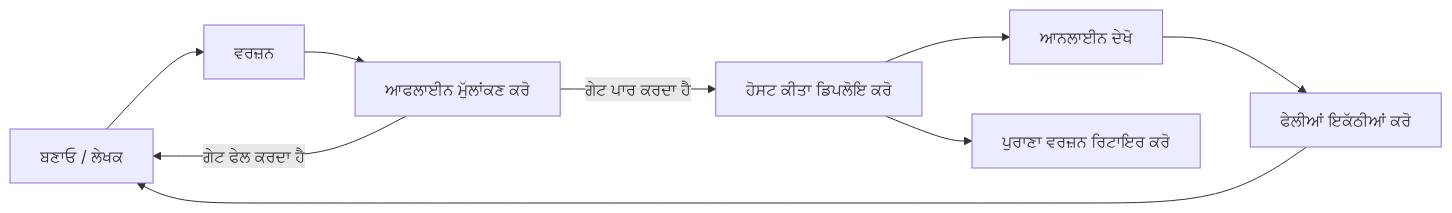
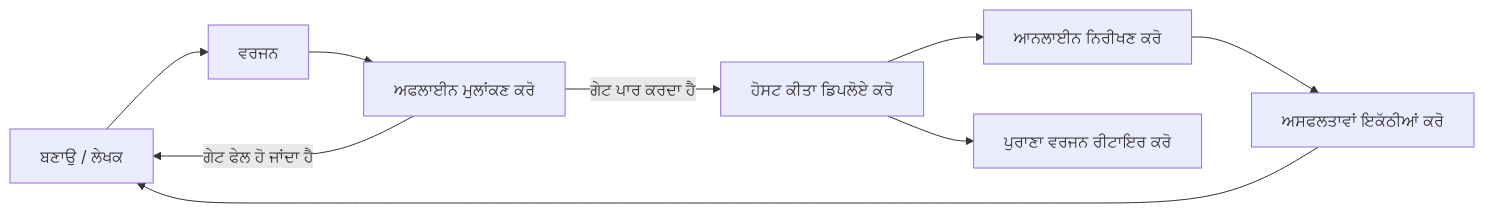
Before and after one commit to gabrielmoreira/agent-skills-mirror: the second of 4 diagrams in mirrors/repos/microsoft@ai-agents-for-beginners/translations/pa/16-deploying-scalable-agents/README.md, drawn with Mermaid. The commit also changed other lines of this file and 4262 other files, not shown here.

````diff
--- a/mirrors/repos/microsoft@ai-agents-for-beginners/translations/pa/16-deploying-scalable-agents/README.md
+++ b/mirrors/repos/microsoft@ai-agents-for-beginners/translations/pa/16-deploying-scalable-agents/README.md
@@ -108,11 +108,11 @@
 ```mermaid
 flowchart LR
-    Create[ਬਣਾਓ / ਲੇਖਕ] --> Version[ਵਰਜ਼ਨ]
-    Version --> Evaluate[ਆਫਲਾਈਨ ਮੁੱਲਾਂਕਣ ਕਰੋ]
-    Evaluate -->|ਗੇਟ ਪਾਰ ਕਰਦਾ ਹੈ| Deploy[ਹੋਸਟ ਕੀਤਾ ਡਿਪਲੋਇ ਕਰੋ]
-    Evaluate -->|ਗੇਟ ਫੇਲ ਕਰਦਾ ਹੈ| Create
-    Deploy --> Observe[ਆਨਲਾਈਨ ਦੇਖੋ]
-    Observe --> Improve[ਫੇਲੀਆਂ ਇਕੱਠੀਆਂ ਕਰੋ]
+    Create[ਬਣਾਉ / ਲੇਖਕ] --> Version[ਵਰਜਨ]
+    Version --> Evaluate[ਅਫਲਾਈਨ ਮੁਲਾਂਕਣ ਕਰੋ]
+    Evaluate -->|ਗੇਟ ਪਾਰ ਕਰਦਾ ਹੈ| Deploy[ਹੋਸਟ ਕੀਤਾ ਡਿਪਲੋਏ ਕਰੋ]
+    Evaluate -->|ਗੇਟ ਫੇਲ ਹੋ ਜਾਂਦਾ ਹੈ| Create
+    Deploy --> Observe[ਆਨਲਾਈਨ ਨਿਰੀਖਣ ਕਰੋ]
+    Observe --> Improve[ਅਸਫਲਤਾਵਾਂ ਇਕੱਠੀਆਂ ਕਰੋ]
     Improve --> Create
-    Deploy --> Retire[ਪੁਰਾਣਾ ਵਰਜ਼ਨ ਰਿਟਾਇਰ ਕਰੋ]
+    Deploy --> Retire[ਪੁਰਾਣਾ ਵਰਜਨ ਰੀਟਾਇਰ ਕਰੋ]
 ```
````
